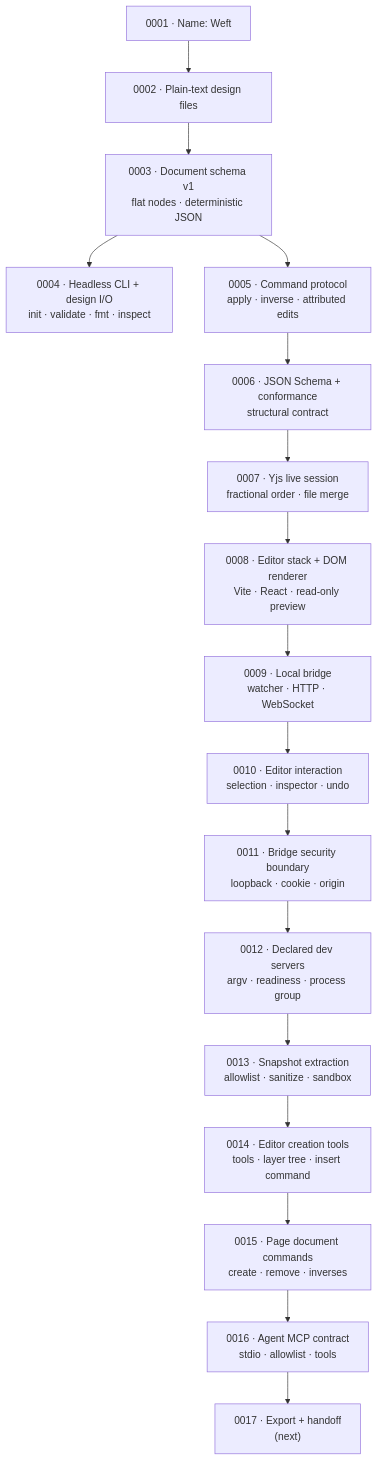
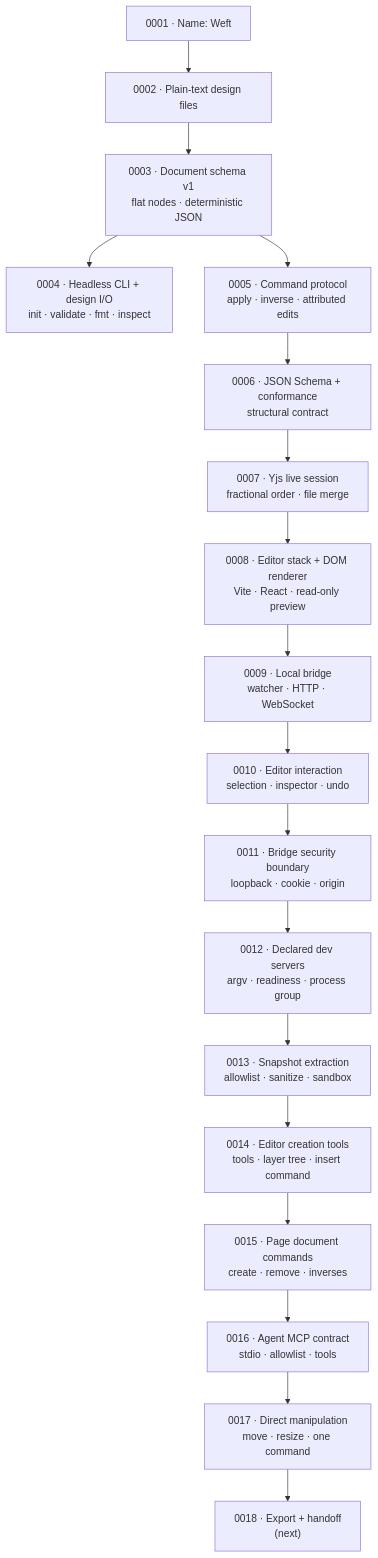
The diagram in docs/decisions/README.md (Pranesh-Selvaraj/Weft), drawn with Mermaid before and after one commit. The commit also changed other lines of this file and 10 other files, not shown here.

Commit message:
feat(editor): add direct move and resize (#17)

````diff
--- a/docs/decisions/README.md
+++ b/docs/decisions/README.md
@@ -39,19 +40,20 @@
 ```mermaid
 graph TD
     A["0001 · Name: Weft"] --> B["0002 · Plain-text design files"]
     B --> C["0003 · Document schema v1<br/>flat nodes · deterministic JSON"]
     C --> D["0004 · Headless CLI + design I/O<br/>init · validate · fmt · inspect"]
     C --> E["0005 · Command protocol<br/>apply · inverse · attributed edits"]
     E --> F["0006 · JSON Schema + conformance<br/>structural contract"]
     F --> G["0007 · Yjs live session<br/>fractional order · file merge"]
     G --> H["0008 · Editor stack + DOM renderer<br/>Vite · React · read-only preview"]
     H --> I["0009 · Local bridge<br/>watcher · HTTP · WebSocket"]
     I --> J["0010 · Editor interaction<br/>selection · inspector · undo"]
     J --> K["0011 · Bridge security boundary<br/>loopback · cookie · origin"]
     K --> L["0012 · Declared dev servers<br/>argv · readiness · process group"]
     L --> M["0013 · Snapshot extraction<br/>allowlist · sanitize · sandbox"]
     M --> N["0014 · Editor creation tools<br/>tools · layer tree · insert command"]
     N --> O["0015 · Page document commands<br/>create · remove · inverses"]
     O --> P["0016 · Agent MCP contract<br/>stdio · allowlist · tools"]
-    P --> Q["0017 · Export + handoff<br/>(next)"]
+    P --> Q["0017 · Direct manipulation<br/>move · resize · one command"]
+    Q --> R["0018 · Export + handoff<br/>(next)"]
 ```
````
